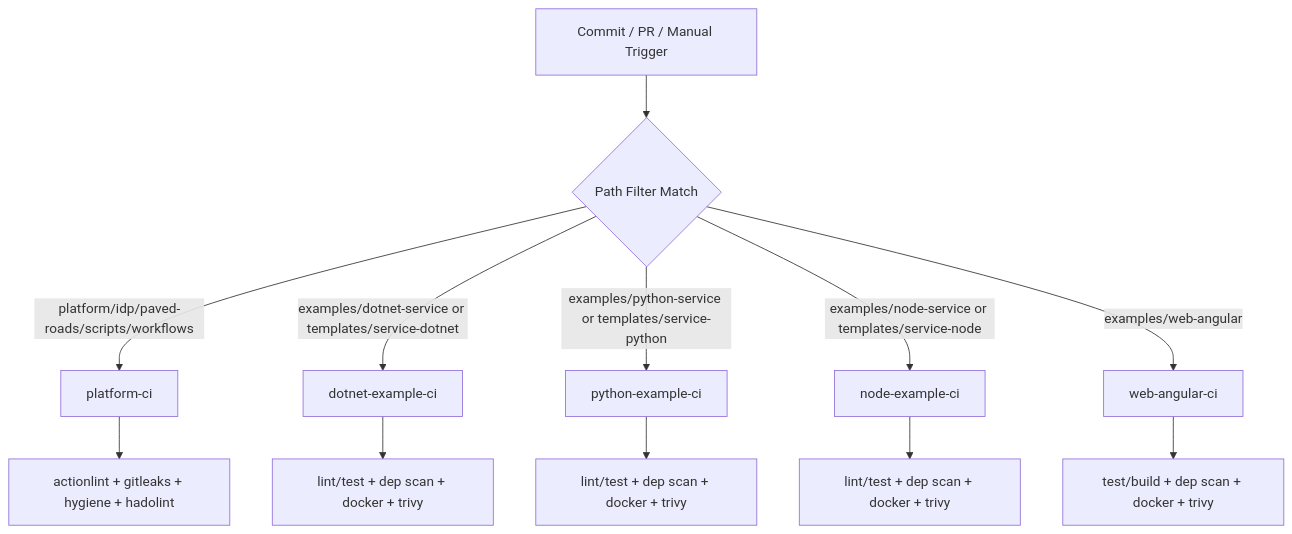
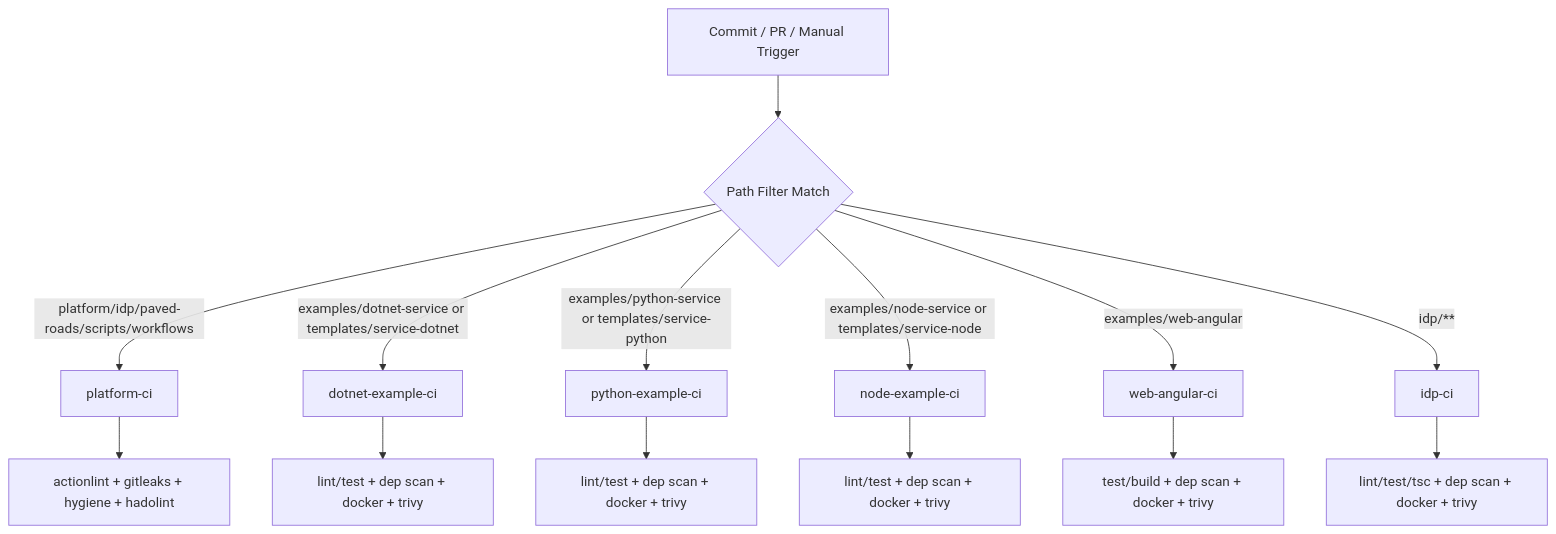
One commit to srstanl/portfolio changed the diagram in docs/ci-workflow-map.md. Above: the diagram before and after it, drawn with Mermaid. The commit also changed other lines of this file and 55 other files, not shown here.

````diff
--- a/docs/ci-workflow-map.md
+++ b/docs/ci-workflow-map.md
@@ -62,15 +71,17 @@
 ```mermaid
 flowchart TD
   A[Commit / PR / Manual Trigger] --> B{Path Filter Match}
   B -->|platform/idp/paved-roads/scripts/workflows| P[platform-ci]
   B -->|examples/dotnet-service or templates/service-dotnet| D[dotnet-example-ci]
   B -->|examples/python-service or templates/service-python| PY[python-example-ci]
   B -->|examples/node-service or templates/service-node| N[node-example-ci]
   B -->|examples/web-angular| W[web-angular-ci]
+  B -->|idp/**| I[idp-ci]
 
   P --> P1[actionlint + gitleaks + hygiene + hadolint]
   D --> D1[lint/test + dep scan + docker + trivy]
   PY --> PY1[lint/test + dep scan + docker + trivy]
   N --> N1[lint/test + dep scan + docker + trivy]
   W --> W1[test/build + dep scan + docker + trivy]
+  I --> I1[lint/test/tsc + dep scan + docker + trivy]
 ```
````
